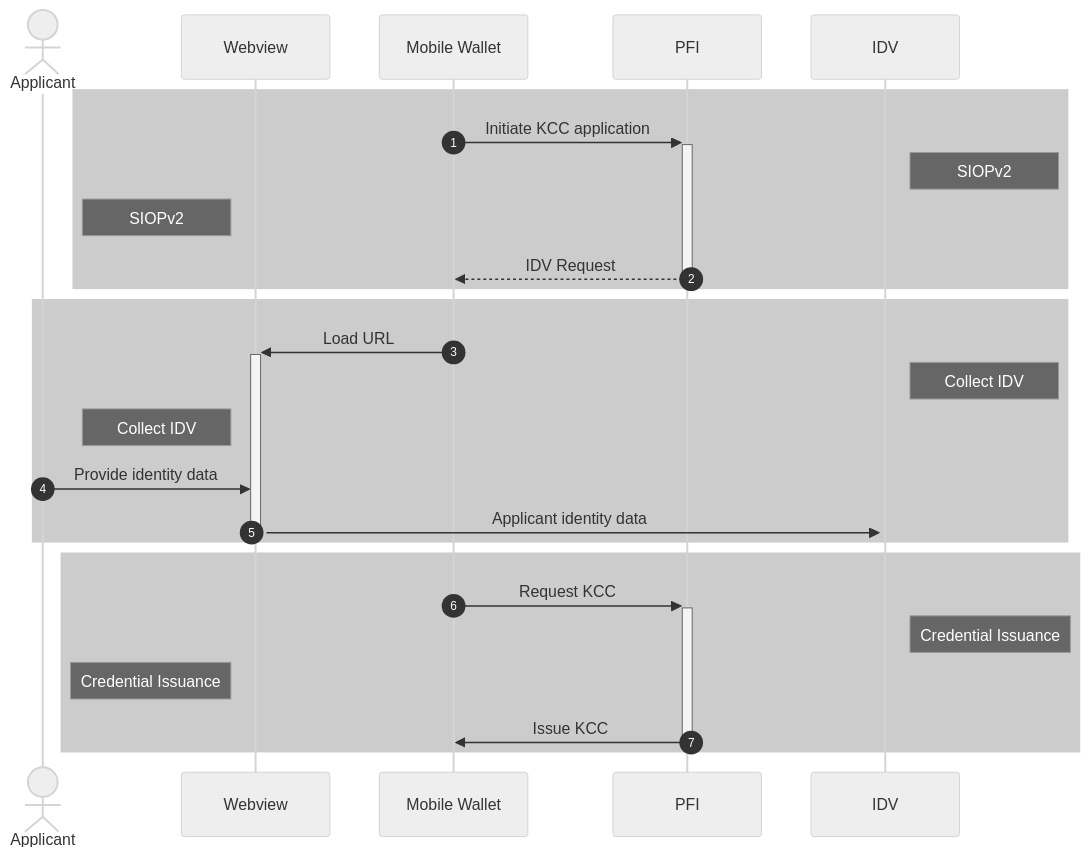
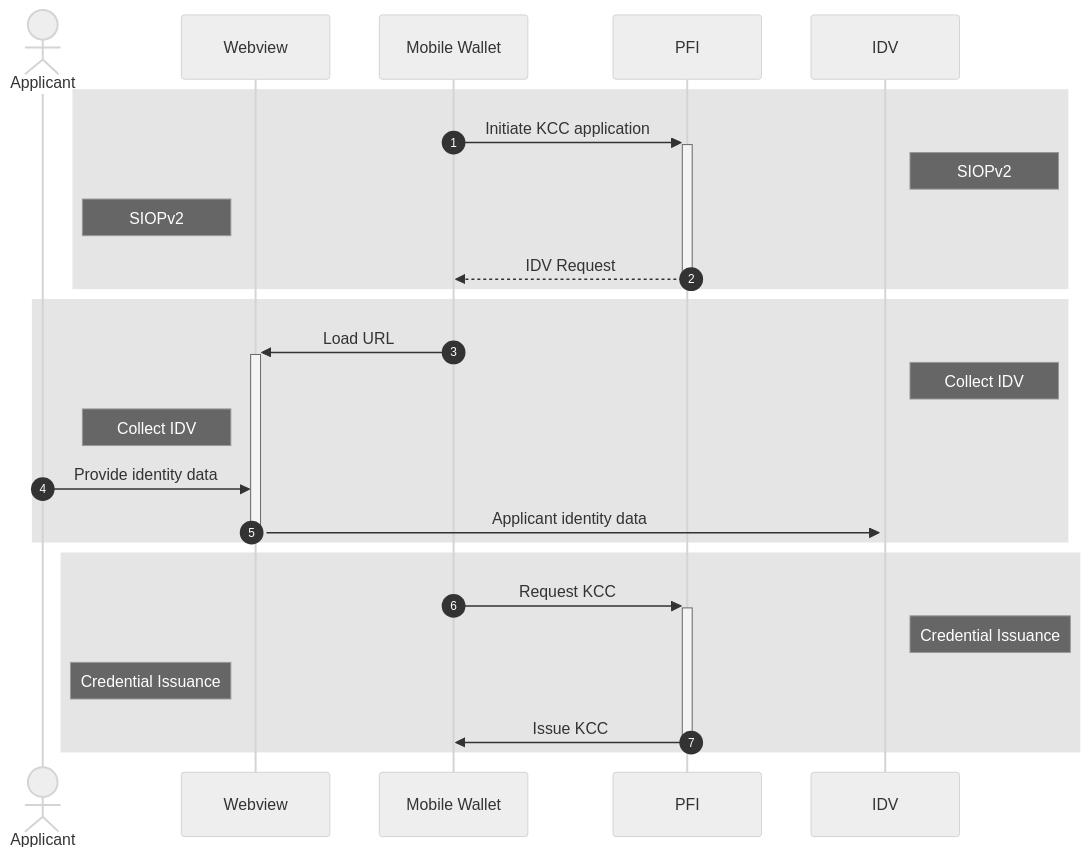
Before and after one commit to TBD54566975/known-customer-credential: the first of 6 diagrams in README.md, drawn with Mermaid (neutral theme).

Commit message:
less ugly?

````diff
--- a/README.md
+++ b/README.md
@@ -194,31 +194,31 @@
 ```mermaid
 sequenceDiagram
 autonumber
 
 actor A as Applicant
 participant W as Webview
 participant D as Mobile Wallet
 participant P as PFI
 participant I as IDV
 
-rect rgba(0, 0, 0, 0.2)
+rect rgba(0, 0, 0, 0.1)
     D->>+P: Initiate KCC application
     Note right of I: SIOPv2
     Note left of W: SIOPv2
     P-->>-D: IDV Request
 end
-rect rgba(0, 0, 0, 0.2)
+rect rgba(0, 0, 0, 0.1)
     D->>+W: Load URL
     Note right of I: Collect IDV
     Note left of W: Collect IDV
     A->>W: Provide identity data
     W->>+I: Applicant identity data
     deactivate W
 end
-rect rgba(0, 0, 0, 0.2)
+rect rgba(0, 0, 0, 0.1)
     D->>+P: Request KCC
     Note right of I: Credential Issuance
     Note left of W: Credential Issuance
     P->>-D: Issue KCC
 end
 ```
````
